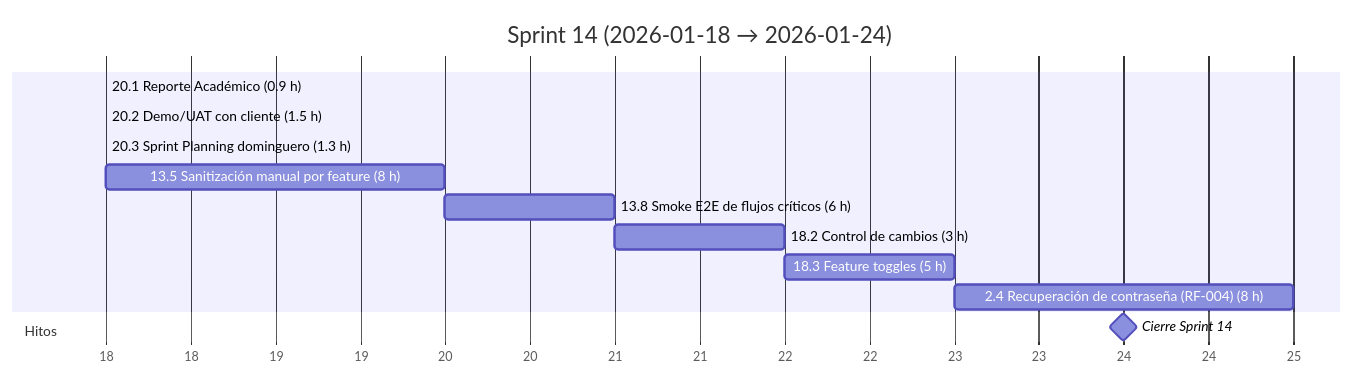
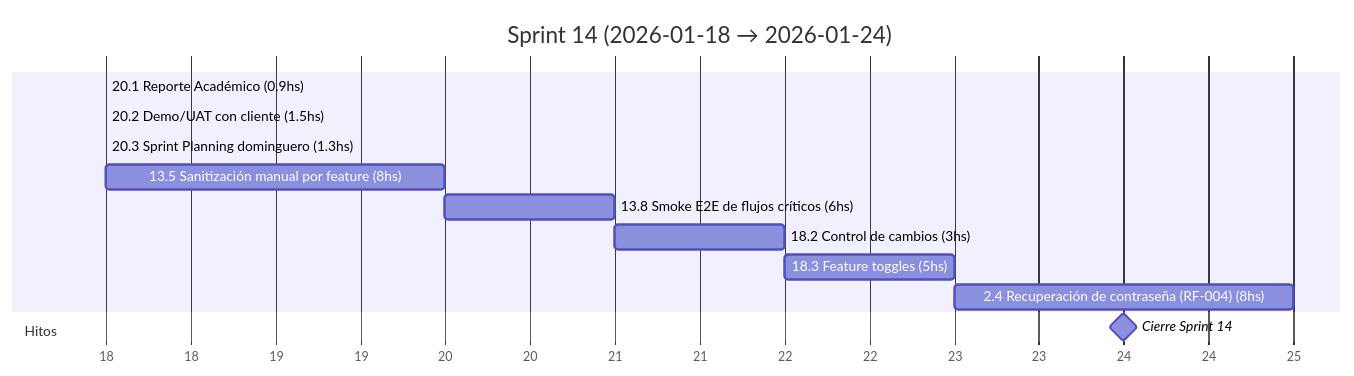
Before and after one commit to MarkMed/FleetMan: diagram 15 of 17 in docs/SprintsGantts.md, drawn with Mermaid. The commit also changed other lines of this file, not shown here.

Commit message:
Update Gantt chart documentation to standardize time format from hours to hours (hs)

````diff
--- a/docs/SprintsGantts.md
+++ b/docs/SprintsGantts.md
@@ -365,20 +364,20 @@
 ```mermaid
 gantt
   title Sprint 14 (2026-01-18 → 2026-01-24)
   dateFormat  YYYY-MM-DD
   axisFormat  %d
 
   %% Asumimos 5 h/día. Horas estimadas incluidas en el nombre.
 
-  20.1 Reporte Académico (0.9 h)               :t201, 2026-01-18, 0.2d
-  20.2 Demo/UAT con cliente (1.5 h)            :t202, after t201, 0.3d
-  20.3 Sprint Planning dominguero (1.3 h)      :t203, after t202, 0.3d
-  13.5 Sanitización manual por feature (8 h)   :t135, after t203, 1.6d
-  13.8 Smoke E2E de flujos críticos (6 h)      :t138, after t135, 1.2d
-  18.2 Control de cambios (3 h)                :t182, after t138, 0.6d
-  18.3 Feature toggles (5 h)                   :t183, after t182, 1d
-  2.4 Recuperación de contraseña (RF-004) (8 h) :t24, after t183, 1.6d
+  20.1 Reporte Académico (0.9hs)               :t201, 2026-01-18, 0.2d
+  20.2 Demo/UAT con cliente (1.5hs)            :t202, after t201, 0.3d
+  20.3 Sprint Planning dominguero (1.3hs)      :t203, after t202, 0.3d
+  13.5 Sanitización manual por feature (8hs)   :t135, after t203, 1.6d
+  13.8 Smoke E2E de flujos críticos (6hs)      :t138, after t135, 1.2d
+  18.2 Control de cambios (3hs)                :t182, after t138, 0.6d
+  18.3 Feature toggles (5hs)                   :t183, after t182, 1d
+  2.4 Recuperación de contraseña (RF-004) (8hs) :t24, after t183, 1.6d
 
   section Hitos
   Cierre Sprint 14                             :milestone, s14, 2026-01-24, 0d
 ```
````
